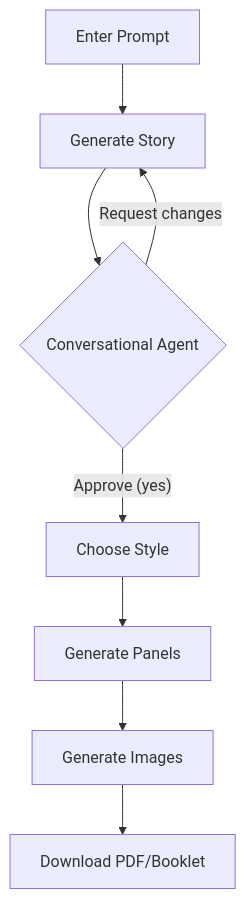
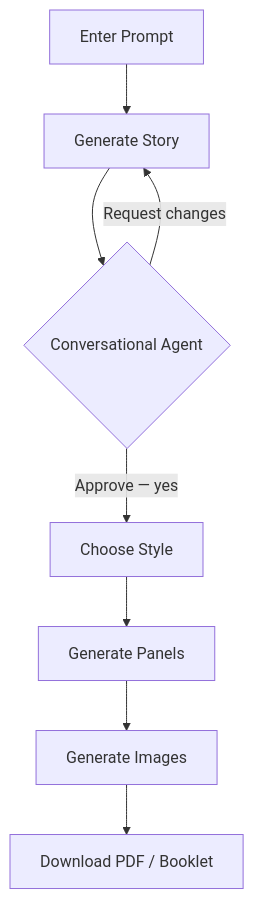
Before and after one commit to RobinaMirbahar/Comic-Studio-Ai: the diagram in docs/usage.md, drawn with Mermaid. The commit also changed other lines of this file, not shown here.

````diff
--- a/docs/usage.md
+++ b/docs/usage.md
@@ -225,10 +199,10 @@
 ```mermaid
 graph TD
     A[Enter Prompt] --> B[Generate Story]
     B --> C{Conversational Agent}
     C -->|"Request changes"| B
-    C -->|"Approve (yes)"| D[Choose Style]
+    C -->|"Approve — yes"| D[Choose Style]
     D --> E[Generate Panels]
     E --> F[Generate Images]
-    F --> G[Download PDF/Booklet]
+    F --> G[Download PDF / Booklet]
 ```
````
